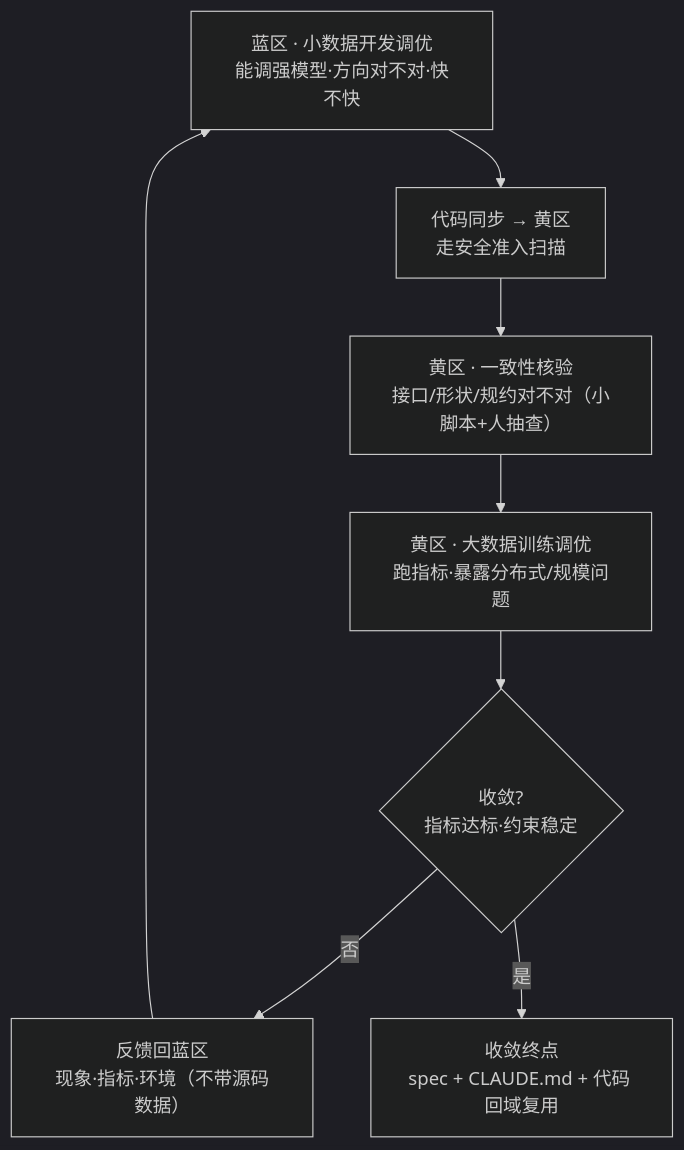
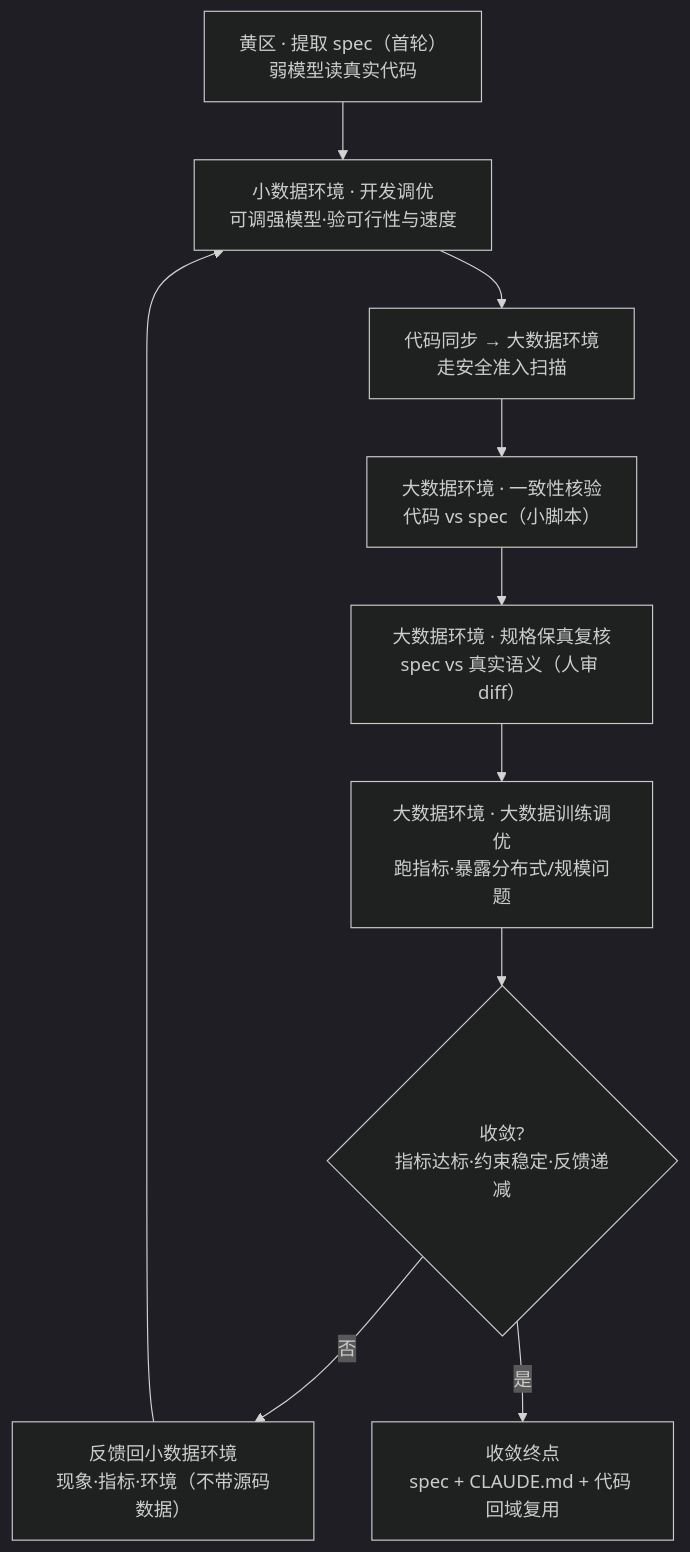
Before and after one commit to pkuCactus/crydet: the second of 2 diagrams in docs/llm_refactoring_experience.md, drawn with Mermaid (dark theme). The commit also changed other lines of this file, not shown here.

````diff
--- a/docs/llm_refactoring_experience.md
+++ b/docs/llm_refactoring_experience.md
@@ -64,10 +80,12 @@
 ```mermaid
 flowchart TB
-    A["蓝区 · 小数据开发调优<br/>能调强模型·方向对不对·快不快"] --> B["代码同步 → 黄区<br/>走安全准入扫描"]
-    B --> C["黄区 · 一致性核验<br/>接口/形状/规约对不对（小脚本+人抽查）"]
-    C --> D["黄区 · 大数据训练调优<br/>跑指标·暴露分布式/规模问题"]
-    D --> E{"收敛?<br/>指标达标·约束稳定"}
-    E -- 否 --> F["反馈回蓝区<br/>现象·指标·环境（不带源码数据）"]
+    P["黄区 · 提取 spec（首轮）<br/>弱模型读真实代码"] --> A
+    A["小数据环境 · 开发调优<br/>可调强模型·验可行性与速度"] --> B["代码同步 → 大数据环境<br/>走安全准入扫描"]
+    B --> C["大数据环境 · 一致性核验<br/>代码 vs spec（小脚本）"]
+    C --> C2["大数据环境 · 规格保真复核<br/>spec vs 真实语义（人审 diff）"]
+    C2 --> D["大数据环境 · 大数据训练调优<br/>跑指标·暴露分布式/规模问题"]
+    D --> E{"收敛?<br/>指标达标·约束稳定·反馈递减"}
+    E -- 否 --> F["反馈回小数据环境<br/>现象·指标·环境（不带源码数据）"]
     F --> A
     E -- 是 --> G["收敛终点<br/>spec + CLAUDE.md + 代码 回域复用"]
 ```
````
